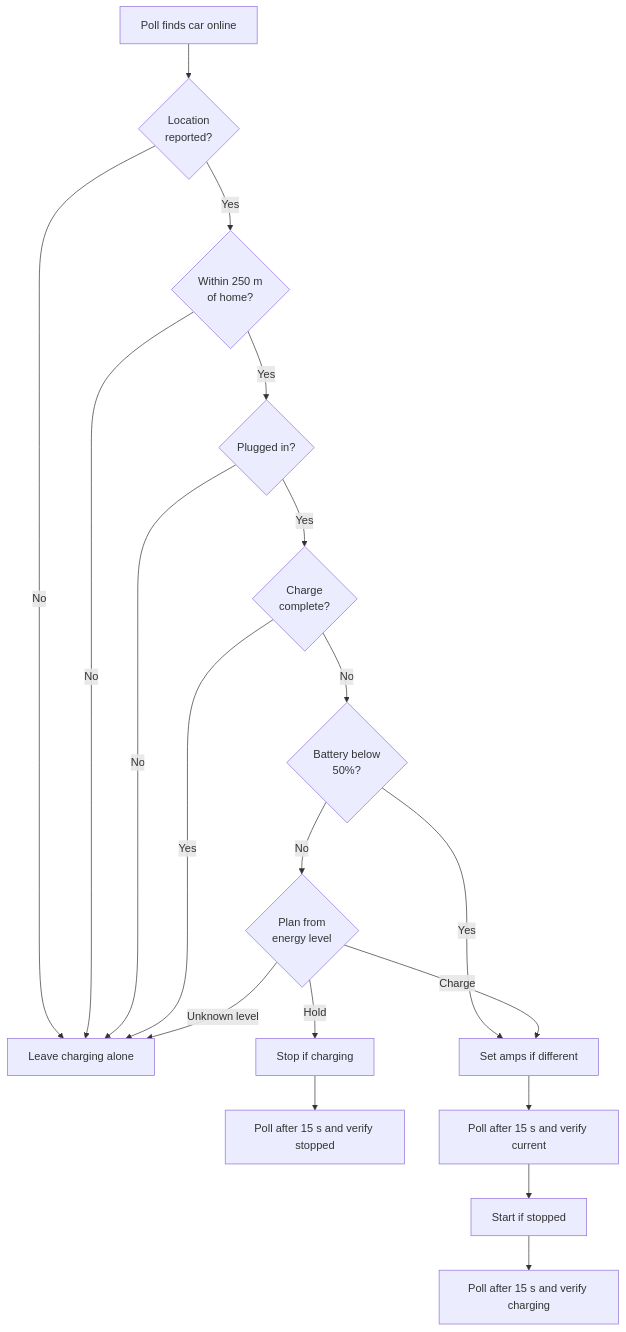
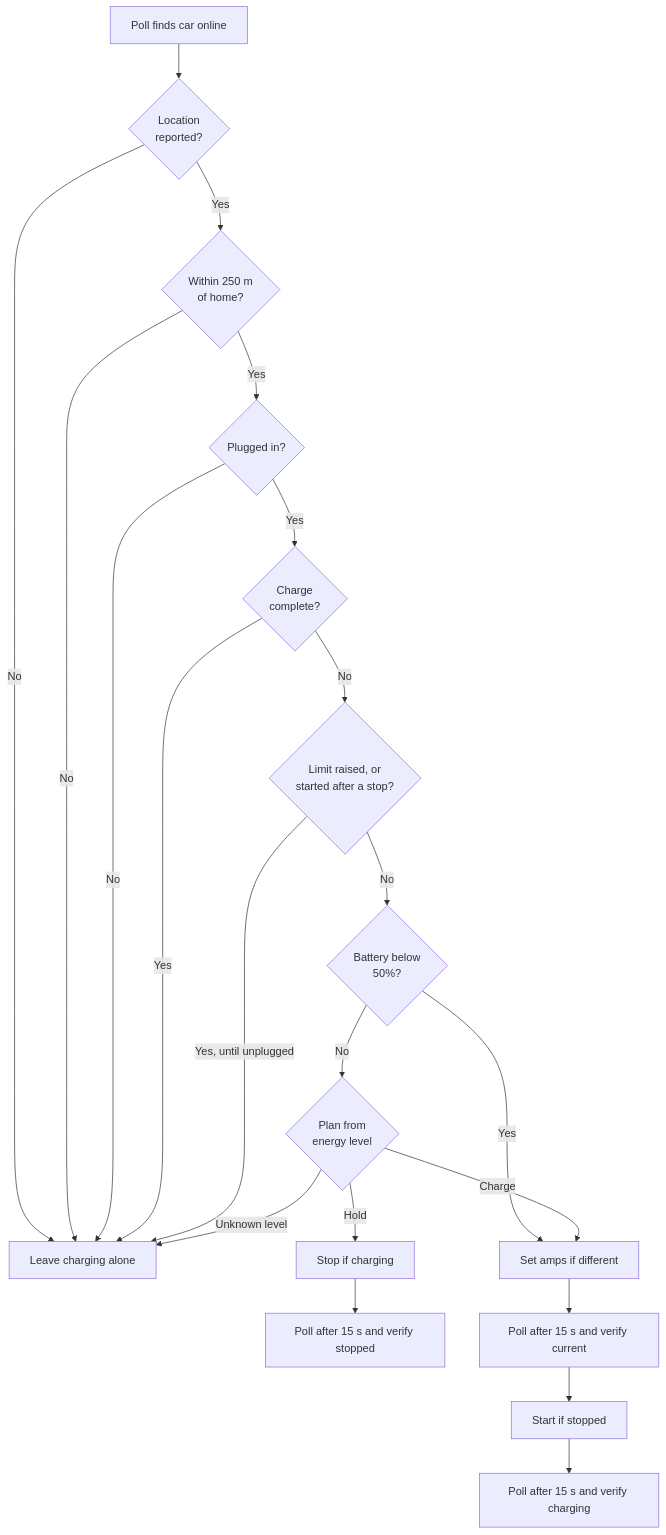
The first of 2 diagrams in docs/flows/TESLA_ENERGY_CHARGING.md (NickBorgers/home-automation), drawn with Mermaid before and after one commit. The commit also changed other lines of this file and 5 other files, not shown here.

````diff
--- a/docs/flows/TESLA_ENERGY_CHARGING.md
+++ b/docs/flows/TESLA_ENERGY_CHARGING.md
@@ -28,21 +48,23 @@
 ```mermaid
 flowchart TD
     Poll[Poll finds car online] --> Loc{Location<br/>reported?}
     Loc -->|No| Leave[Leave charging alone]
     Loc -->|Yes| Home{Within 250 m<br/>of home?}
     Home -->|No| Leave
     Home -->|Yes| Plug{Plugged in?}
     Plug -->|No| Leave
     Plug -->|Yes| Full{Charge<br/>complete?}
     Full -->|Yes| Leave
-    Full -->|No| Floor{Battery below<br/>50%?}
+    Full -->|No| Override{Limit raised, or<br/>started after a stop?}
+    Override -->|Yes, until unplugged| Leave
+    Override -->|No| Floor{Battery below<br/>50%?}
     Floor -->|Yes| Amps
     Floor -->|No| Plan{Plan from<br/>energy level}
     Plan -->|Hold| Stop[Stop if charging]
     Stop --> Verify[Poll after 15 s and verify stopped]
     Plan -->|Charge| Amps[Set amps if different]
     Amps --> VerifyCharge[Poll after 15 s and verify current]
     VerifyCharge --> Start[Start if stopped]
     Start --> VerifyStart[Poll after 15 s and verify charging]
     Plan -->|Unknown level| Leave
 ```
````
